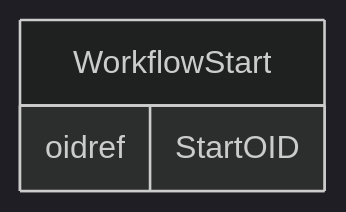
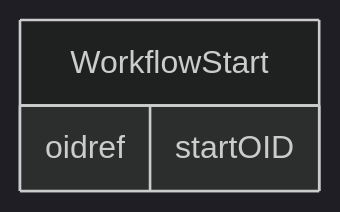
One commit to cdisc-org/DataExchange-ODM-LinkML changed the diagram in docs/WorkflowStart.md. Above: the diagram before and after it, drawn with Mermaid (dark theme). The commit also changed other lines of this file and 759 other files, not shown here.

````diff
--- a/docs/WorkflowStart.md
+++ b/docs/WorkflowStart.md
@@ -11,9 +11,9 @@
 ```mermaid
 erDiagram
 WorkflowStart {
-    oidref StartOID  
+    oidref startOID  
 }
 
 
 
 ```
````
